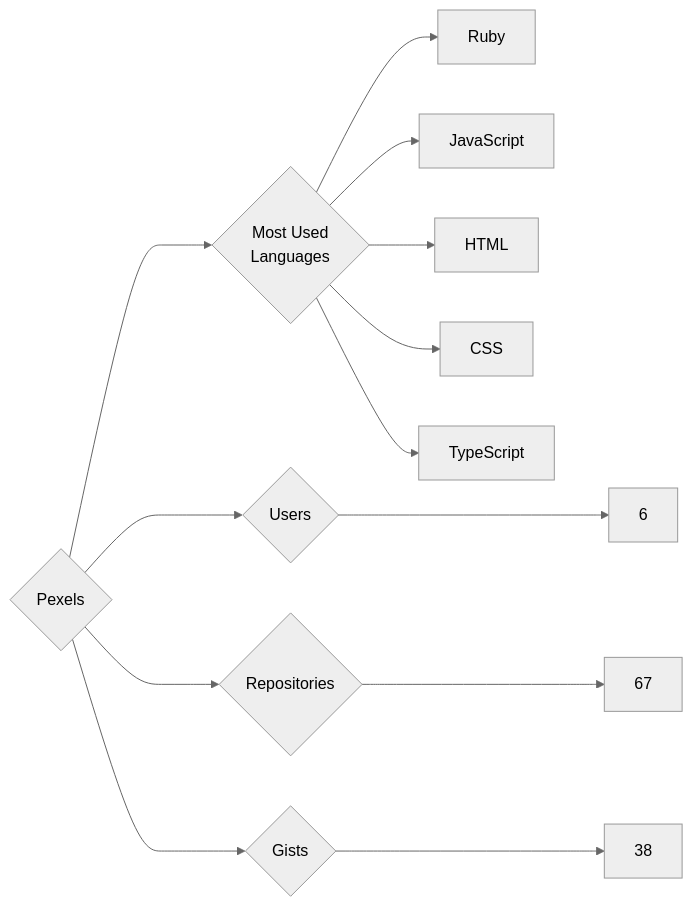
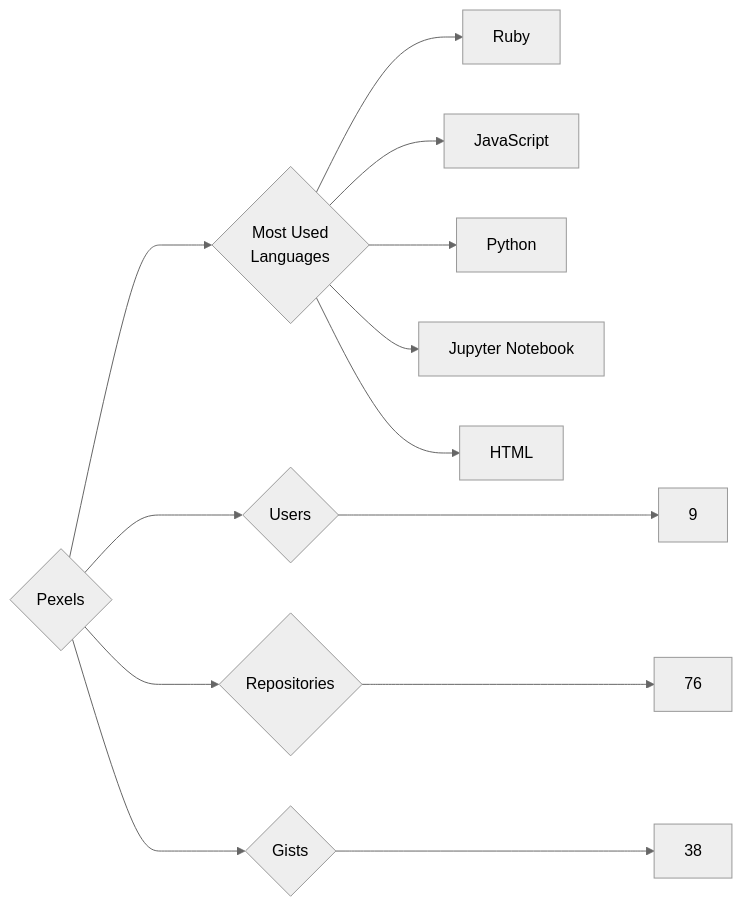
One commit to trickest/insiders changed the diagram in targets/Pexels/README.md. Above: the diagram before and after it, drawn with Mermaid (neutral theme). The commit also changed 970 other files, not shown here.

````diff
--- a/targets/Pexels/README.md
+++ b/targets/Pexels/README.md
@@ -3,13 +3,13 @@
 ```mermaid
 graph LR
 COMPANY_NAME{Pexels}
-COMPANY_NAME ---> U{Users} ---> UN[6]
-COMPANY_NAME ---> R{Repositories} ---> RN[67]
+COMPANY_NAME ---> U{Users} ---> UN[9]
+COMPANY_NAME ---> R{Repositories} ---> RN[76]
 COMPANY_NAME ---> G{Gists} ---> GN[38]
 COMPANY_NAME ---> ML{Most Used<br>Languages}
 ML --> Ruby[Ruby]
 ML --> JavaScript[JavaScript]
+ML --> Python[Python]
+ML --> Jupyter_Notebook[Jupyter Notebook]
 ML --> HTML[HTML]
-ML --> CSS[CSS]
-ML --> TypeScript[TypeScript]
 ```
````
